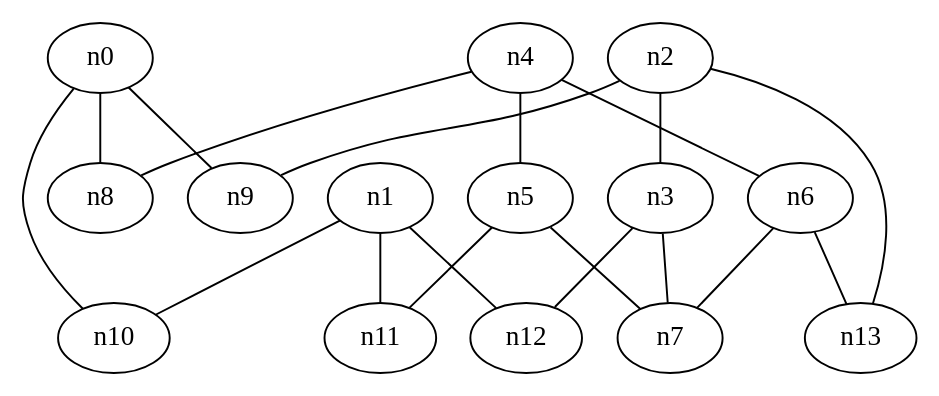
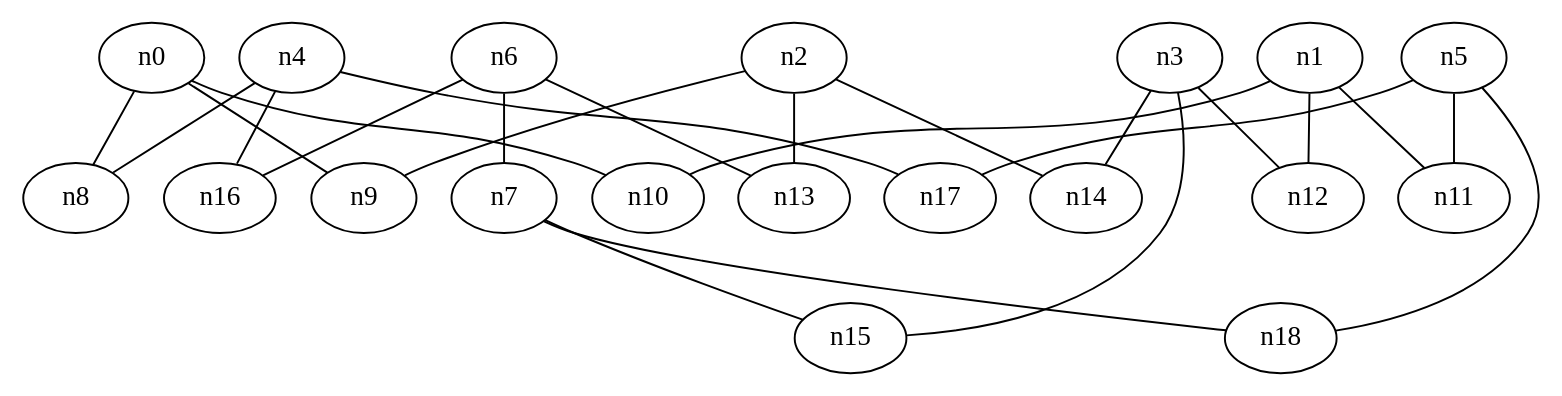
The diagram in outputs/final_run_classic2.dot (brendonu/spherical-mds), drawn with Graphviz before and after one commit. The commit also changed 72 other files, not shown here.

```diff
--- a/outputs/final_run_classic2.dot
+++ b/outputs/final_run_classic2.dot
@@ -1,52 +1,67 @@
 strict graph "" {
 	graph [edge_default="{}",
 		node_default="{}"
 	];
 	node [label="\N"];
-	n0	[dim3pos="0.10934289400435566,0.12979591500189538,0.9854933546095442",
-		pos="0.17053947050834112,0.8707183483283597"];
-	n8	[dim3pos="-0.2565068381818754,-0.037279543240192246,0.9658232124057382",
-		pos="6.020989742653773,0.1443249732014495"];
+	n0	[dim3pos="-0.8966971263060545,0.29447453962409403,-0.33048299379490287",
+		pos="1.907611604042682,2.8242894527728333"];
+	n8	[dim3pos="-0.15660579696591456,0.6810952861892862,-0.7152508898892787",
+		pos="2.3677793621833185,1.7968004030925688"];
 	n0 -- n8	[id=e0];
-	n9	[dim3pos="0.006924649235408955,-0.21379633529395392,0.9768537128187832",
-		pos="-0.21557427593984427,1.6031740067996094"];
+	n9	[dim3pos="0.5995954026675414,0.0715057708805246,0.79710242618545",
+		pos="0.6483149682773803,0.1186961162888214"];
 	n0 -- n9	[id=e1];
-	n10	[dim3pos="0.5288953331835479,0.6045419046928878,0.5956499072500215",
-		pos="7.215907124785742,0.8520401878987863"];
+	n10	[dim3pos="-0.6050556357233833,0.7069407172594219,0.36625469274823874",
+		pos="1.1958154951177573,2.278693503274885"];
 	n0 -- n10	[id=e2];
-	n1	[dim3pos="0.4154646051851167,0.9058836834104788,-0.0822430177525033",
-		pos="1.6531323420045738,1.140789665925286"];
+	n1	[dim3pos="0.3655172050088943,-0.32456618355745787,-0.8723840698530851",
+		pos="2.630854806304854,-0.7261255393684852"];
 	n1 -- n10	[id=e14];
-	n11	[dim3pos="0.19591945008000894,-0.6384206297382785,0.744335051307492",
-		pos="0.7312577598328137,5.010147015954079"];
+	n11	[dim3pos="-0.1551820987535312,0.023584617081928813,0.987604314522546",
+		pos="0.15761585772411055,2.990766577647668"];
 	n1 -- n11	[id=e3];
-	n12	[dim3pos="0.6471907775474774,-0.014872519890887155,-0.7621829869588974",
-		pos="2.4374749095073343,-0.02297607328036886"];
+	n12	[dim3pos="-0.02297555796650469,0.061958885365586414,0.9978142213159632",
+		pos="0.06612980296203212,1.9258968034890653"];
 	n1 -- n12	[id=e4];
-	n2	[dim3pos="0.3472806170421944,-0.32480874454844055,0.8797132785695909",
-		pos="5.787647860486916,2.3896178788165576"];
-	n3	[dim3pos="-0.04629339051320622,-0.0024865691852268158,-0.9989247914475238",
-		pos="3.18796939963015,0.053661698631574724"];
-	n2 -- n3	[id=e5];
+	n2	[dim3pos="-0.0009270981216410357,-0.00028336783744527504,0.9999995300957604",
+		pos="-0.0009694372351328804,0.29663247901993994"];
 	n2 -- n9	[id=e13];
-	n13	[dim3pos="0.7956866608811592,-0.47288161395170786,0.3785045797374437",
-		pos="5.100569118502523,2.6053701983248634"];
-	n2 -- n13	[id=e6];
-	n7	[dim3pos="0.24327973321226926,0.3166240410410915,0.9168228771376598",
-		pos="5.872438485850319,4.057243656157008"];
-	n3 -- n7	[id=e7];
+	n13	[dim3pos="-0.4443380203436404,0.07162167789733305,0.8929916343013887",
+		pos="5.8163379288700625,-0.15981278152267178"];
+	n2 -- n13	[id=e5];
+	n14	[dim3pos="-0.08990681947000588,-0.10834726861391596,0.9900392079088038",
+		pos="-0.1412612642297428,0.8781455241779152"];
+	n2 -- n14	[id=e6];
+	n3	[dim3pos="-0.052334073202817064,-0.3902215695908322,0.9192324360073841",
+		pos="5.878515466427048,1.4374781002490502"];
 	n3 -- n12	[id=e16];
-	n4	[dim3pos="0.43550247796020264,-0.32031306417679384,-0.841271140957656",
-		pos="3.7127587480614976,2.507434836620633"];
-	n5	[dim3pos="0.0006844472862263691,-0.0036373471519744916,-0.999993150595347",
-		pos="3.145293845957678,1.7567934807130485"];
-	n4 -- n5	[id=e9];
-	n6	[dim3pos="-0.13683714945875217,-0.9045827440021486,-0.40373958659208364",
-		pos="4.296788260043725,1.4206635655104325"];
-	n4 -- n6	[id=e8];
+	n3 -- n14	[id=e18];
+	n15	[dim3pos="0.030141099180455176,0.8605237337717438,-0.5085178637528194",
+		pos="4.17892637652491,4.677376835068169"];
+	n3 -- n15	[id=e7];
+	n4	[dim3pos="-0.009339908880406407,-0.14905482958619018,0.9887848218288636",
+		pos="0.14990800154584574,4.6498099040186345"];
 	n4 -- n8	[id=e12];
-	n5 -- n7	[id=e10];
+	n16	[dim3pos="-0.11241535043839625,0.3462824639360173,0.9313706266337872",
+		pos="5.91054858572102,5.026290564497033"];
+	n4 -- n16	[id=e8];
+	n17	[dim3pos="-0.024611568663981648,-0.03216333213707402,0.9991795588150002",
+		pos="0.04051057631880348,-2.2239583391914826"];
+	n4 -- n17	[id=e9];
+	n5	[dim3pos="-0.22732907915827563,-0.09295319451064243,-0.9693715455898823",
+		pos="3.3897300933117394,0.3881488887777767"];
 	n5 -- n11	[id=e15];
+	n5 -- n17	[id=e21];
+	n18	[dim3pos="-0.7158745392613438,-0.2959219403378995,-0.6324190456208694",
+		pos="4.02771688023304,0.39197989379884823"];
+	n5 -- n18	[id=e10];
+	n6	[dim3pos="0.5413518637015683,-0.5368353687259407,-0.6471058233022802",
+		pos="4.008606826798477,2.3603834366223997"];
+	n7	[dim3pos="-0.7480392615829109,-0.6587539657173623,-0.08050140236133604",
+		pos="4.631800375584177,0.7220159264594541"];
 	n6 -- n7	[id=e11];
 	n6 -- n13	[id=e17];
+	n6 -- n16	[id=e20];
+	n7 -- n15	[id=e19];
+	n7 -- n18	[id=e22];
 }
```
